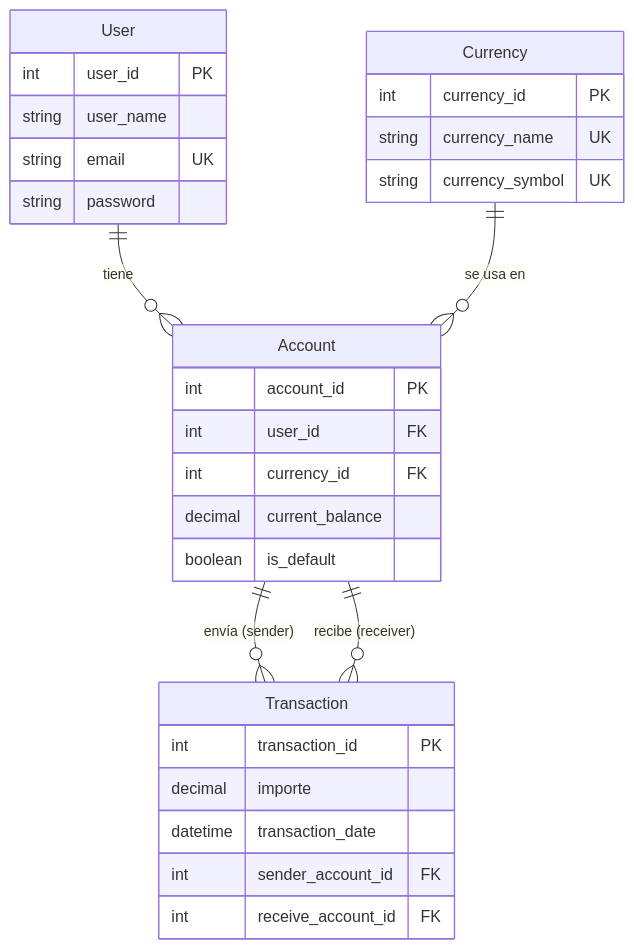
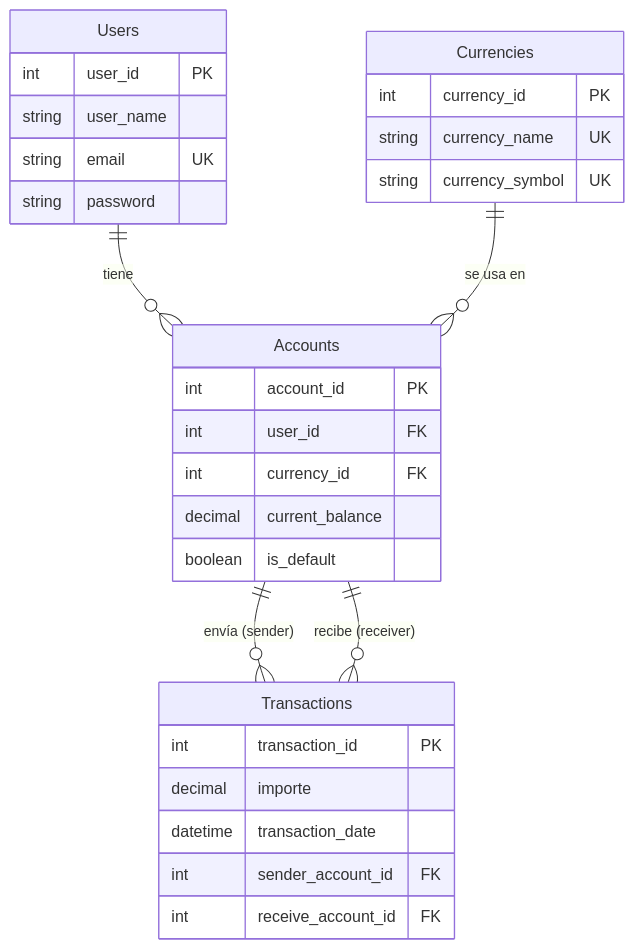
Before and after one commit to scarvallot/alke-wallet: the diagram in database/03_Scalable/alke_wallet_modelo_scalable/docs/modelo_conceptual.md, drawn with Mermaid. The commit also changed other lines of this file and 21 other files, not shown here.

````diff
--- a/database/03_Scalable/alke_wallet_modelo_scalable/docs/modelo_conceptual.md
+++ b/database/03_Scalable/alke_wallet_modelo_scalable/docs/modelo_conceptual.md
@@ -77,36 +77,36 @@
 ```mermaid
 erDiagram
-    User {
+    Users {
         int user_id PK
         string user_name
         string email UK
         string password
     }
 
-    Currency {
+    Currencies {
         int currency_id PK
         string currency_name UK
         string currency_symbol UK
     }
 
-    Account {
+    Accounts {
         int account_id PK
         int user_id FK
         int currency_id FK
         decimal current_balance
         boolean is_default
     }
 
-    Transaction {
+    Transactions {
         int transaction_id PK
         decimal importe
         datetime transaction_date
         int sender_account_id FK
         int receive_account_id FK
     }
 
-    User ||--o{ Account : "tiene"
-    Currency ||--o{ Account : "se usa en"
-    Account ||--o{ Transaction : "envía (sender)"
-    Account ||--o{ Transaction : "recibe (receiver)"
+    Users ||--o{ Accounts : "tiene"
+    Currencies ||--o{ Accounts : "se usa en"
+    Accounts ||--o{ Transactions : "envía (sender)"
+    Accounts ||--o{ Transactions : "recibe (receiver)"
 ```
````
